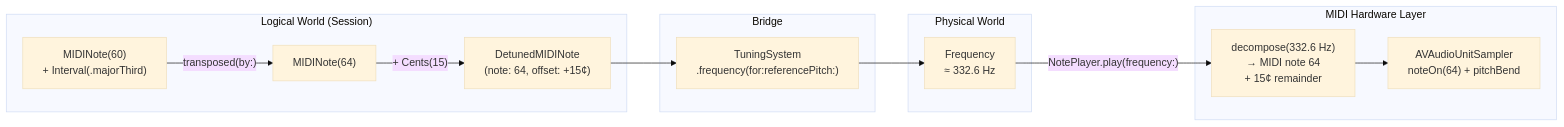
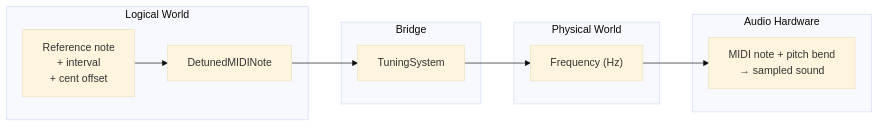
Before and after one commit to mschuerig/peach-ios: the seventh of 7 diagrams in docs/arc42.md, drawn with Mermaid (base theme). The commit also changed other lines of this file, not shown here.

First line of the commit message:
Elevate arc42 docs from implementation summary to architectural intent

````diff
--- a/docs/arc42.md
+++ b/docs/arc42.md
@@ -491,28 +346,21 @@
 ```mermaid
 graph LR
-    subgraph "Logical World (Session)"
-        A["MIDINote(60)<br/>+ Interval(.majorThird)"]
-        B["MIDINote(64)"]
-        C["DetunedMIDINote<br/>(note: 64, offset: +15¢)"]
+    subgraph "Logical World"
+        A["Reference note<br/>+ interval<br/>+ cent offset"]
+        B["DetunedMIDINote"]
     end
 
     subgraph "Bridge"
-        D["TuningSystem<br/>.frequency(for:referencePitch:)"]
+        C["TuningSystem"]
     end
 
     subgraph "Physical World"
-        E["Frequency<br/>≈ 332.6 Hz"]
+        D["Frequency (Hz)"]
     end
 
-    subgraph "MIDI Hardware Layer"
-        F["decompose(332.6 Hz)<br/>→ MIDI note 64<br/>+ 15¢ remainder"]
-        G["AVAudioUnitSampler<br/>noteOn(64) + pitchBend"]
+    subgraph "Audio Hardware"
+        E["MIDI note + pitch bend<br/>→ sampled sound"]
     end
 
-    A -->|"transposed(by:)"| B
-    B -->|"+ Cents(15)"| C
-    C --> D
-    D --> E
-    E -->|"NotePlayer.play(frequency:)"| F
-    F --> G
+    A --> B --> C --> D --> E
 ```
````
